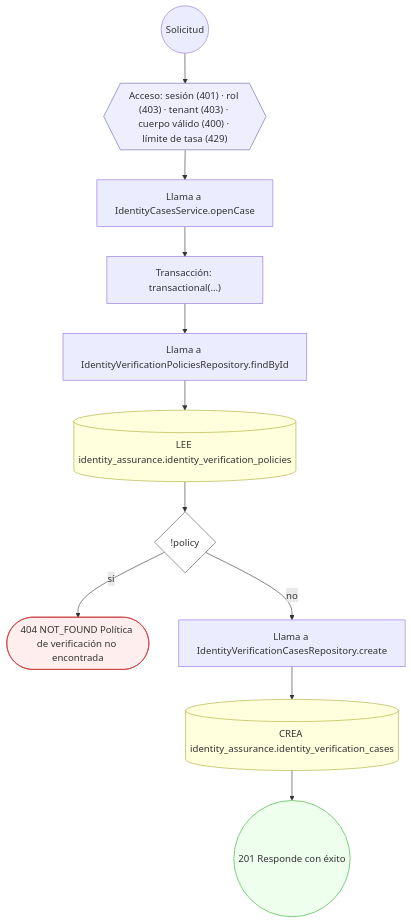
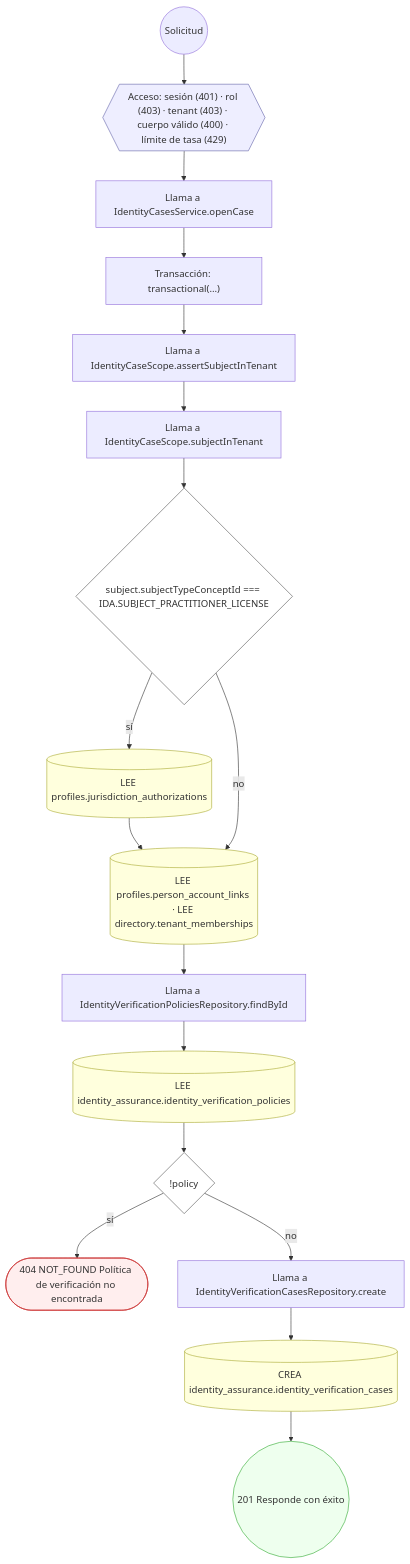
Before and after one commit to mdavila-2001/mantra-core-health-api: diagram 15 of 27 in docs/inventario/flujos/identity_assurance.md, drawn with Mermaid. The commit also changed other lines of this file and 438 other files, not shown here.

````diff
--- a/docs/inventario/flujos/identity_assurance.md
+++ b/docs/inventario/flujos/identity_assurance.md
@@ -1447,30 +1680,41 @@
 ```mermaid
 flowchart TD
   n1(("Solicitud")):::inicio
   n2{{"Acceso: sesión (401) · rol (403) · tenant (403) · cuerpo válido (400) · límite de tasa (429)"}}:::acceso
   n1 --> n2
   n3["Llama a IdentityCasesService.openCase"]:::llamada
   n2 --> n3
   n4["Transacción: transactional(…)"]:::transaccion
   n3 --> n4
-  n5["Llama a IdentityVerificationPoliciesRepository.findById"]:::llamada
+  n5["Llama a IdentityCaseScope.assertSubjectInTenant"]:::llamada
   n4 --> n5
-  n6[("LEE identity_assurance.identity_verification_policies")]:::efecto
+  n6["Llama a IdentityCaseScope.subjectInTenant"]:::llamada
   n5 --> n6
-  n7{"!policy"}:::decision
+  n7{"subject.subjectTypeConceptId === IDA.SUBJECT_PRACTITIONER_LICENSE"}:::decision
   n6 --> n7
-  n8(["404 NOT_FOUND Política de verificación no encontrada"]):::error
+  n8[("LEE profiles.jurisdiction_authorizations")]:::efecto
   n7 -->|"sí"| n8
-  n9["Llama a IdentityVerificationCasesRepository.create"]:::llamada
+  n9[("LEE profiles.person_account_links · LEE directory.tenant_memberships")]:::efecto
+  n8 --> n9
   n7 -->|"no"| n9
-  n10[("CREA identity_assurance.identity_verification_cases")]:::efecto
+  n10["Llama a IdentityVerificationPoliciesRepository.findById"]:::llamada
   n9 --> n10
-  n11(("201 Responde con éxito")):::ok
+  n11[("LEE identity_assurance.identity_verification_policies")]:::efecto
   n10 --> n11
+  n12{"!policy"}:::decision
+  n11 --> n12
+  n13(["404 NOT_FOUND Política de verificación no encontrada"]):::error
+  n12 -->|"sí"| n13
+  n14["Llama a IdentityVerificationCasesRepository.create"]:::llamada
+  n12 -->|"no"| n14
+  n15[("CREA identity_assurance.identity_verification_cases")]:::efecto
+  n14 --> n15
+  n16(("201 Responde con éxito")):::ok
+  n15 --> n16
   classDef acceso fill:#eef,stroke:#66a
   classDef error fill:#fee,stroke:#c33
   classDef ok fill:#efe,stroke:#3a3
   classDef efecto fill:#ffd,stroke:#aa3
   classDef decision fill:#fff,stroke:#555
   classDef corte fill:#eee,stroke:#999,stroke-dasharray: 4
 ```
````
